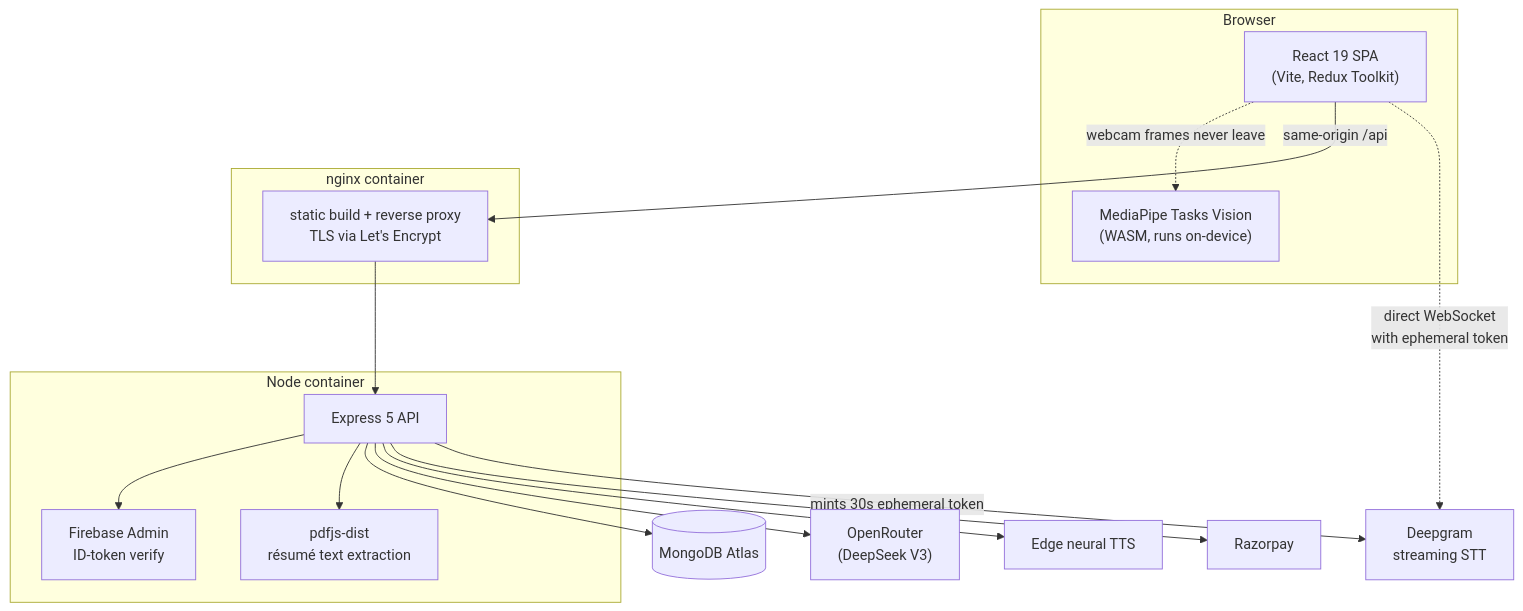
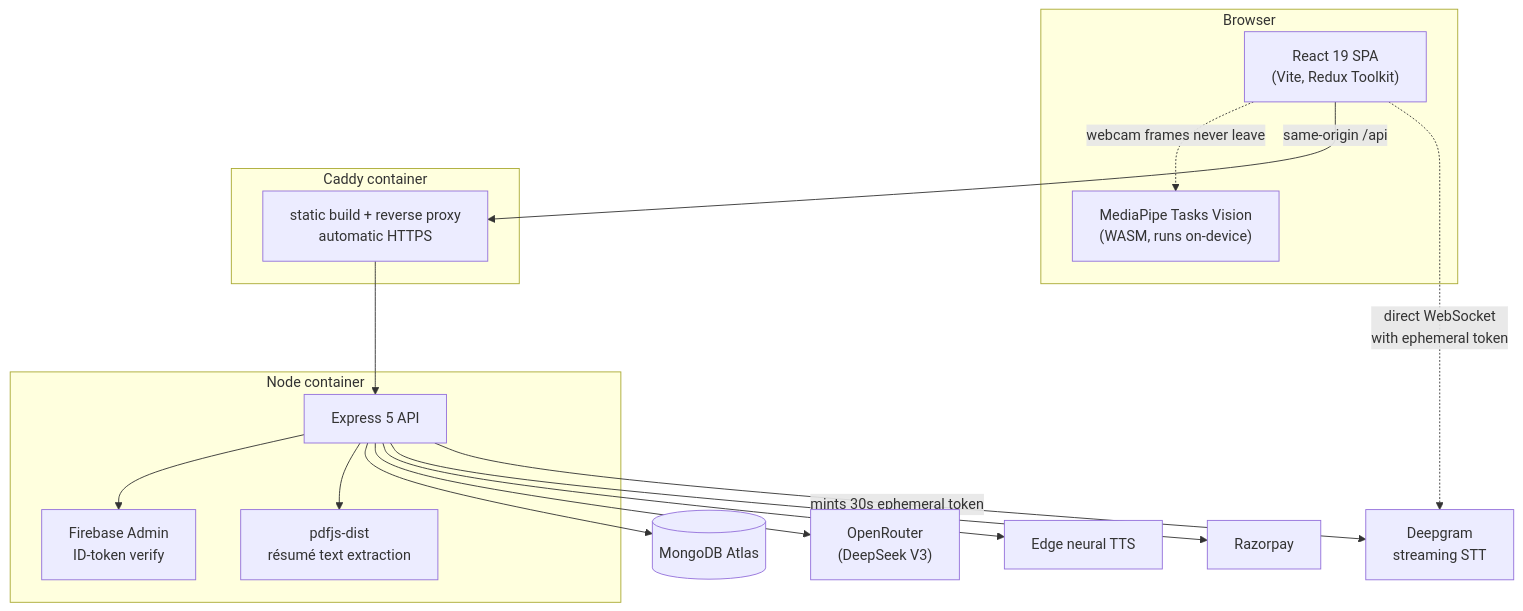
The first of 2 diagrams in README.md (ayushm3018/Assessly-), drawn with Mermaid before and after one commit. The commit also changed other lines of this file, not shown here.

````diff
--- a/README.md
+++ b/README.md
@@ -37,33 +37,33 @@
 ```mermaid
 flowchart TB
     subgraph browser["Browser"]
         UI["React 19 SPA<br/>(Vite, Redux Toolkit)"]
         MP["MediaPipe Tasks Vision<br/>(WASM, runs on-device)"]
         UI -.->|"webcam frames never leave"| MP
     end
 
-    subgraph edge["nginx container"]
-        NG["static build + reverse proxy<br/>TLS via Let's Encrypt"]
+    subgraph edge["Caddy container"]
+        NG["static build + reverse proxy<br/>automatic HTTPS"]
     end
 
     subgraph api["Node container"]
         EX["Express 5 API"]
         EX --> AUTH["Firebase Admin<br/>ID-token verify"]
         EX --> PDF["pdfjs-dist<br/>résumé text extraction"]
     end
 
     DB[("MongoDB Atlas")]
     LLM["OpenRouter<br/>(DeepSeek V3)"]
     DG["Deepgram<br/>streaming STT"]
     TTS["Edge neural TTS"]
     RZP["Razorpay"]
 
     UI -->|"same-origin /api"| NG
     NG --> EX
     EX --> DB
     EX --> LLM
     EX --> TTS
     EX --> RZP
     EX -->|"mints 30s ephemeral token"| DG
     UI -.->|"direct WebSocket<br/>with ephemeral token"| DG
 ```
````
